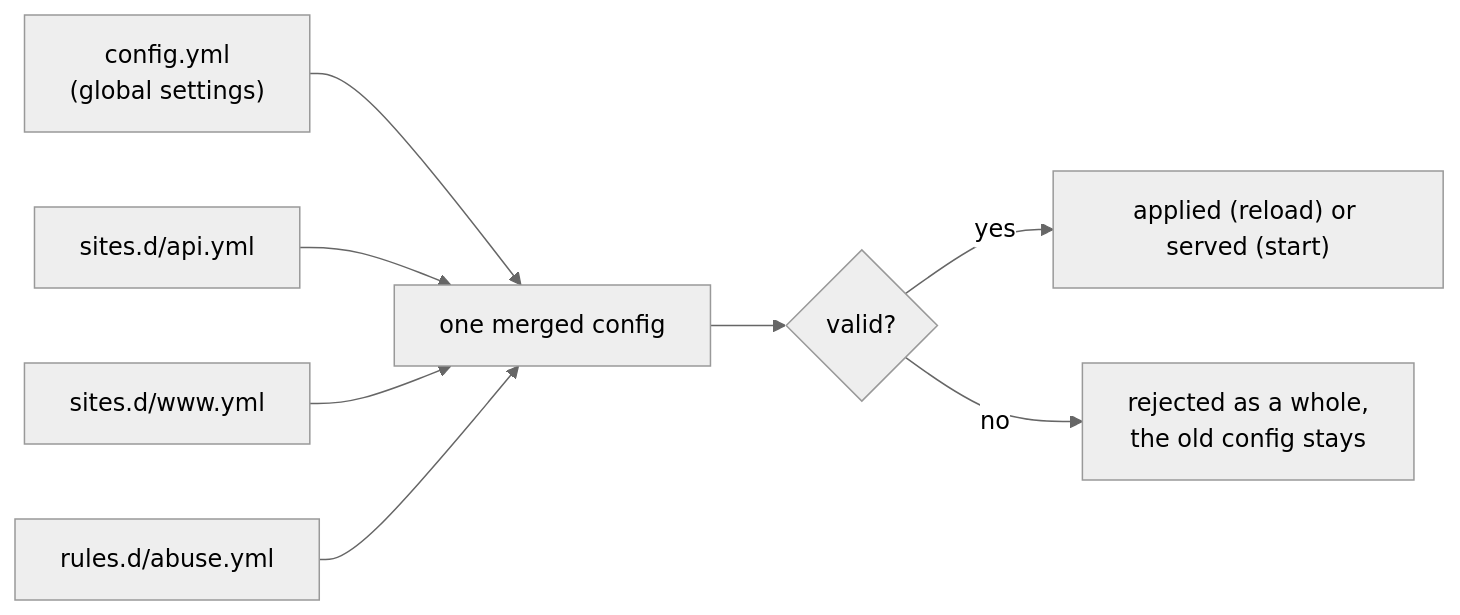
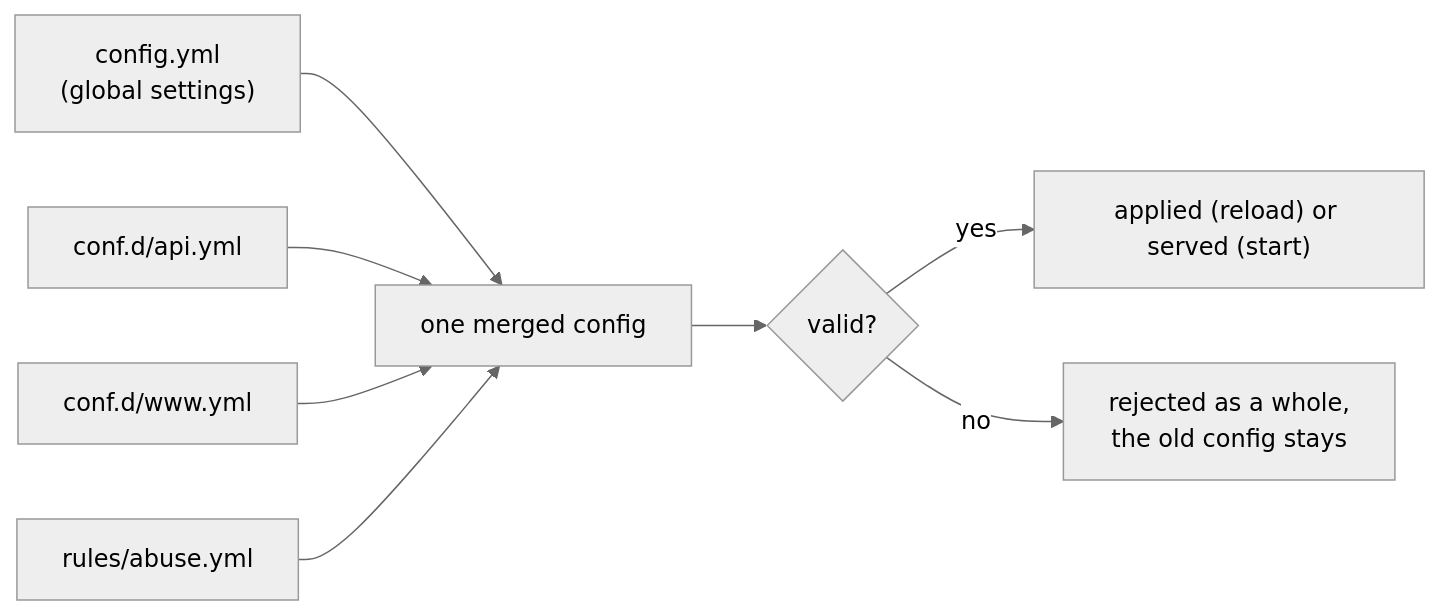
One commit to binwiederhier/ntlb changed the first of 14 diagrams in docs/configuration.md. Above: the diagram before and after it, drawn with Mermaid (neutral theme). The commit also changed other lines of this file and 18 other files, not shown here.

Commit message:
Ship a generic config without sites, move the ntfy setup to examples/, rename packaging/ to pkg/ and sites.d/ to conf.d/

````diff
--- a/docs/configuration.md
+++ b/docs/configuration.md
@@ -36,10 +36,10 @@
 ```mermaid
 flowchart LR
     main["config.yml<br>(global settings)"] --> merged["one merged config"]
-    s1["sites.d/api.yml"] --> merged
-    s2["sites.d/www.yml"] --> merged
-    r1["rules.d/abuse.yml"] --> merged
+    s1["conf.d/api.yml"] --> merged
+    s2["conf.d/www.yml"] --> merged
+    r1["rules/abuse.yml"] --> merged
     merged --> check{"valid?"}
     check -- yes --> live["applied (reload) or served (start)"]
     check -- no --> old["rejected as a whole,<br>the old config stays"]
 ```
````
